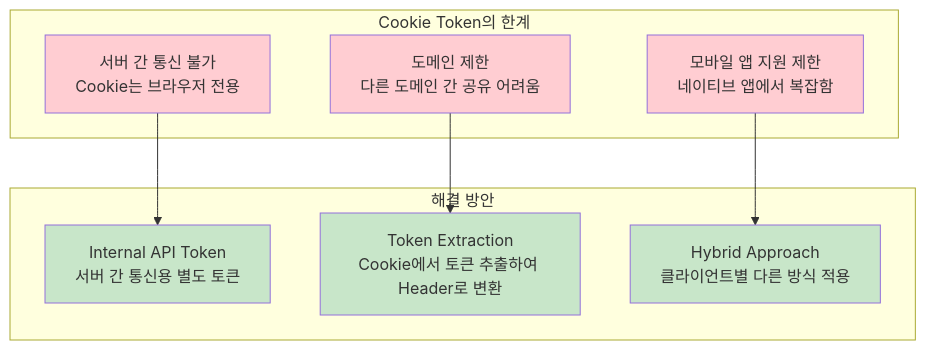
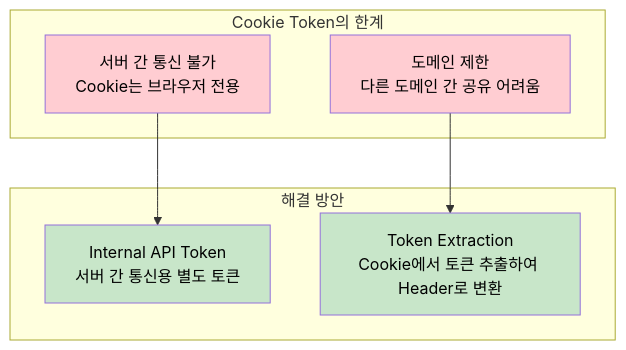
One commit to isinthesky/isinthesky changed the third of 7 diagrams in study/msa-experience/3-auth.md. Above: the diagram before and after it, drawn with Mermaid. The commit also changed other lines of this file and 4 other files, not shown here.

````diff
--- a/study/msa-experience/3-auth.md
+++ b/study/msa-experience/3-auth.md
@@ -88,25 +88,20 @@
 ```mermaid
 graph TB
     subgraph "Cookie Token의 한계"
         Problem1[서버 간 통신 불가<br/>Cookie는 브라우저 전용]
         Problem2[도메인 제한<br/>다른 도메인 간 공유 어려움]
-        Problem3[모바일 앱 지원 제한<br/>네이티브 앱에서 복잡함]
     end
     
     subgraph "해결 방안"
         Solution1[Internal API Token<br/>서버 간 통신용 별도 토큰]
         Solution2[Token Extraction<br/>Cookie에서 토큰 추출하여 Header로 변환]
-        Solution3[Hybrid Approach<br/>클라이언트별 다른 방식 적용]
     end
     
     Problem1 --> Solution1
     Problem2 --> Solution2
-    Problem3 --> Solution3
     
-    style Problem1 fill:#ffcdd2
-    style Problem2 fill:#ffcdd2
-    style Problem3 fill:#ffcdd2
-    style Solution1 fill:#c8e6c9
-    style Solution2 fill:#c8e6c9
-    style Solution3 fill:#c8e6c9
+    style Problem1 fill:#ffcdd2,color:#000
+    style Problem2 fill:#ffcdd2,color:#000
+    style Solution1 fill:#c8e6c9,color:#000
+    style Solution2 fill:#c8e6c9,color:#000
 ```
````
